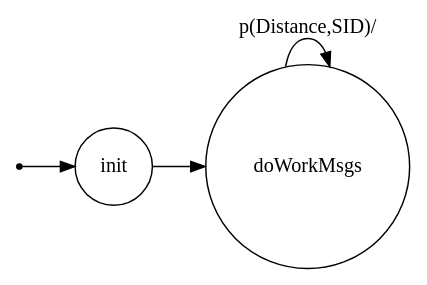
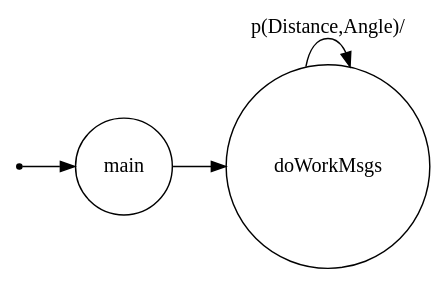
Before and after one commit to Diantha/TemaFinaleISS: the diagram in srcMore/it/unibo/radargui/dotFsm.gv, drawn with Graphviz. The commit also changed 71 other files, not shown here.

```diff
--- a/srcMore/it/unibo/radargui/dotFsm.gv
+++ b/srcMore/it/unibo/radargui/dotFsm.gv
@@ -1,22 +1,22 @@
 /*
 *
 * A GraphViz DOT FSM description 
 * Please use a GraphViz visualizer (like http://www.webgraphviz.com)
 * 
 * Generated by AM,NC,RM
 *  
 */
  
 digraph finite_state_machine {
   	rankdir=LR;
   	size="8,5"
   	node [shape = point]; iniziale;
   	node [shape = doublecircle]; 
   	node [shape = circle];
-  	iniziale -> init [label = ""];
+  	iniziale -> main [label = ""];
   	
   	
-  	init -> doWorkMsgs [ label = ""];
+  	main -> doWorkMsgs [ label = ""];
   	
-  	doWorkMsgs -> doWorkMsgs [ label = "p(Distance,SID)/"];
+  	doWorkMsgs -> doWorkMsgs [ label = "p(Distance,Angle)/"];
 }
```
